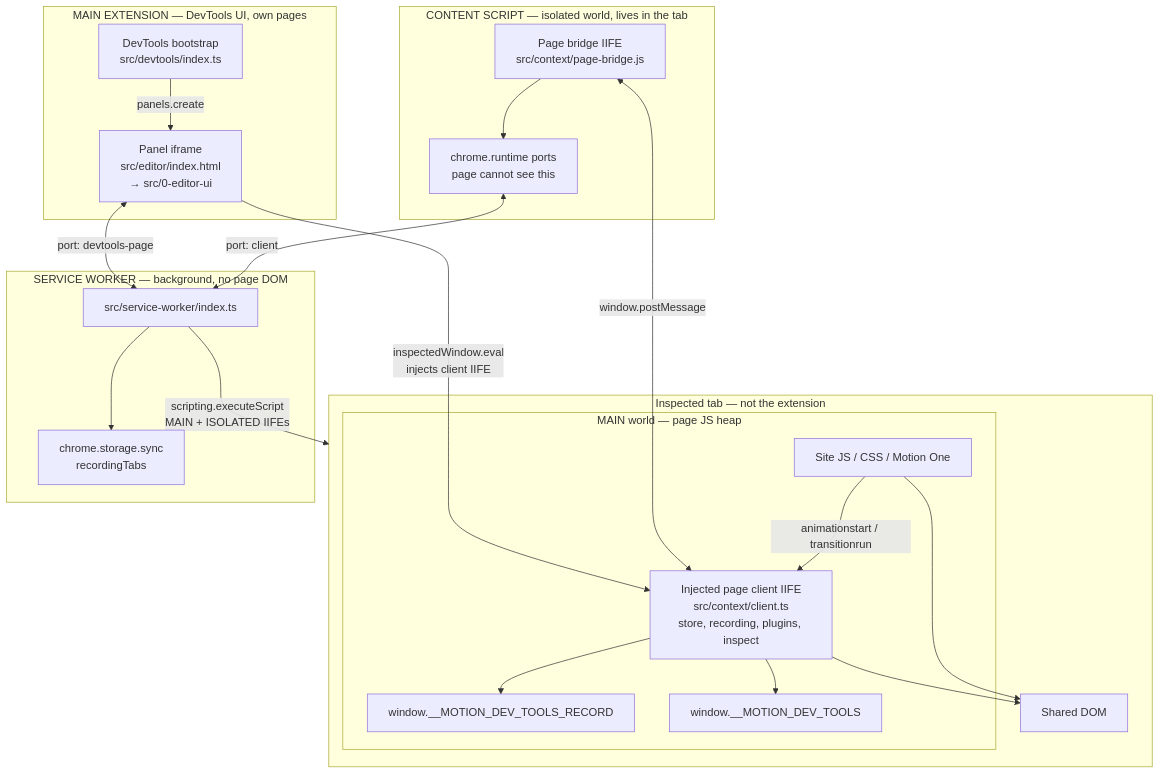
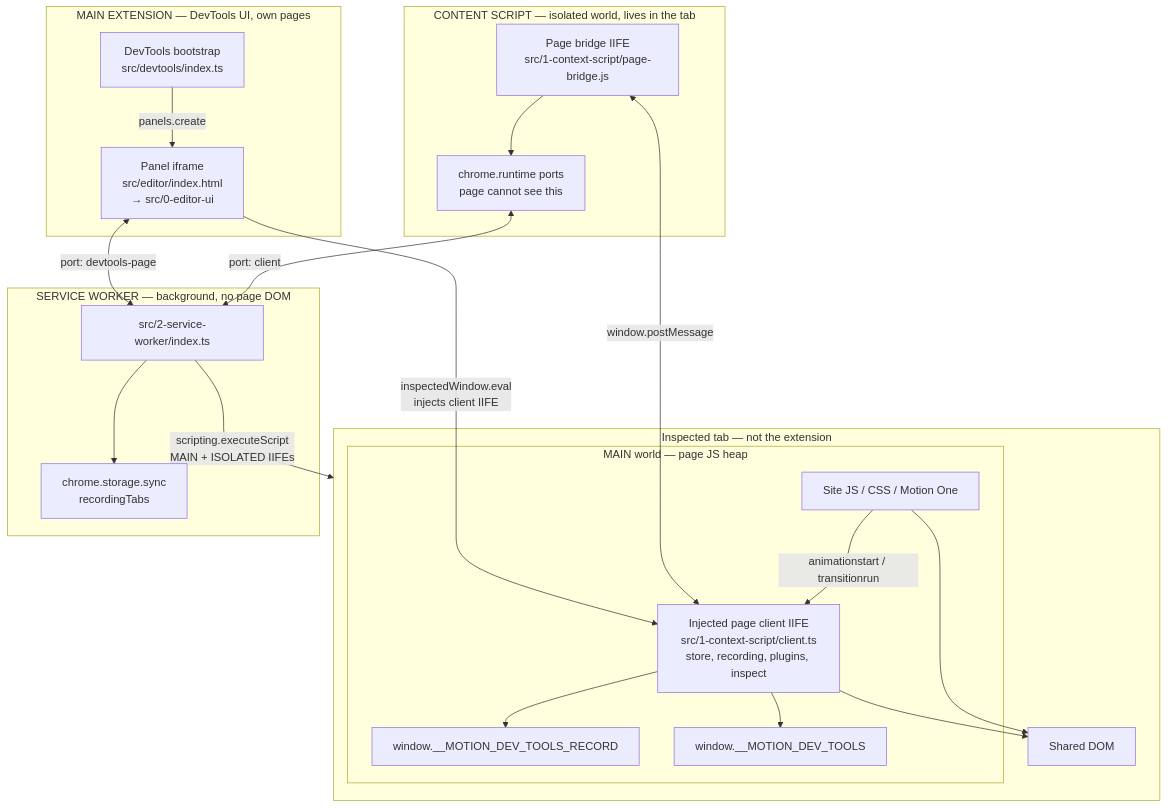
One commit to maxzz/transitions-chrome changed the first of 3 diagrams in assets/docs/2026.09.12.26, 2, extension_worlds.md. Above: the diagram before and after it, drawn with Mermaid. The commit also changed other lines of this file and 25 other files, not shown here.

Commit message:
WIP. code review. 2 move ui to "1-context-script"

````diff
--- a/assets/docs/2026.09.12.26, 2, extension_worlds.md
+++ b/assets/docs/2026.09.12.26, 2, extension_worlds.md
@@ -9,41 +9,41 @@
 ```mermaid
 flowchart TB
   subgraph InspectedTab["Inspected tab — not the extension"]
     subgraph MainWorld["MAIN world — page JS heap"]
       SiteJS["Site JS / CSS / Motion One"]
-      Client["Injected page client IIFE<br/>src/context/client.ts<br/>store, recording, plugins, inspect"]
+      Client["Injected page client IIFE<br/>src/1-context-script/client.ts<br/>store, recording, plugins, inspect"]
       Hook["window.__MOTION_DEV_TOOLS_RECORD"]
       Flags["window.__MOTION_DEV_TOOLS"]
       SiteJS -->|"animationstart / transitionrun"| Client
       Client --> Hook
       Client --> Flags
     end
     DOM["Shared DOM"]
     SiteJS --> DOM
     Client --> DOM
   end
 
   subgraph ContentScript["CONTENT SCRIPT — isolated world, lives in the tab"]
-    Bridge["Page bridge IIFE<br/>src/context/page-bridge.js"]
+    Bridge["Page bridge IIFE<br/>src/1-context-script/page-bridge.js"]
     IsolatedChrome["chrome.runtime ports<br/>page cannot see this"]
     Bridge --> IsolatedChrome
   end
 
   subgraph ServiceWorker["SERVICE WORKER — background, no page DOM"]
-    SW["src/service-worker/index.ts"]
+    SW["src/2-service-worker/index.ts"]
     Storage["chrome.storage.sync<br/>recordingTabs"]
     SW --> Storage
   end
 
   subgraph MainExtension["MAIN EXTENSION — DevTools UI, own pages"]
     DT["DevTools bootstrap<br/>src/devtools/index.ts"]
     Editor["Panel iframe<br/>src/editor/index.html<br/>→ src/0-editor-ui"]
     DT -->|"panels.create"| Editor
   end
 
   Bridge <-->|"window.postMessage"| Client
   IsolatedChrome <-->|"port: client"| SW
   Editor <-->|"port: devtools-page"| SW
   Editor -->|"inspectedWindow.eval<br/>injects client IIFE"| Client
   SW -->|"scripting.executeScript<br/>MAIN + ISOLATED IIFEs"| InspectedTab
 ```
````
